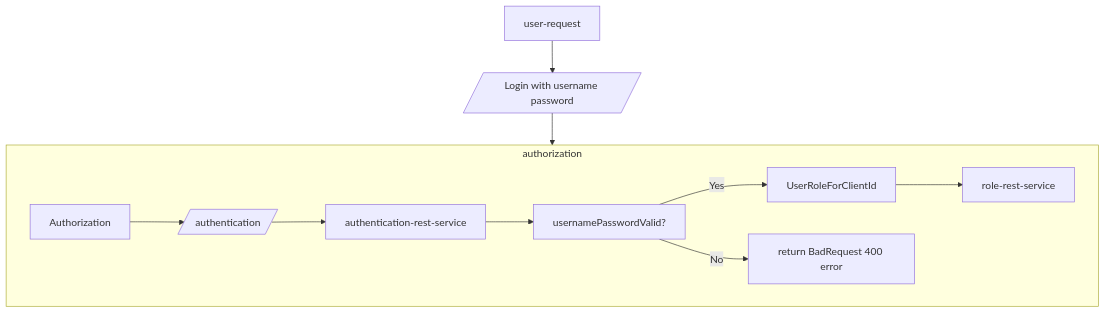
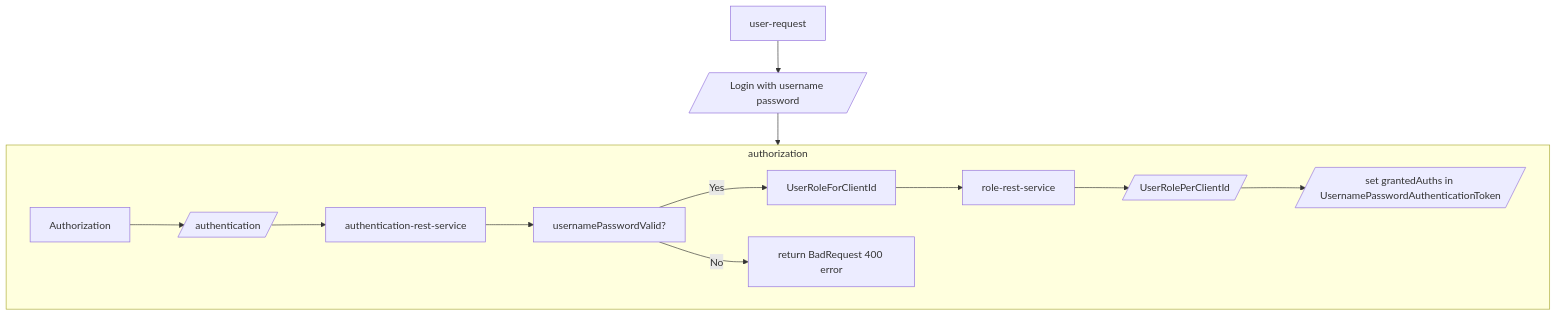
The diagram in README.md (sonamsamdupkhangsar/spring-authorization-serve), drawn with Mermaid before and after one commit.

````diff
--- a/README.md
+++ b/README.md
@@ -35,12 +35,13 @@
 ```mermaid
 flowchart TD
  User[user-request] -->login[/Login with username password/]--> authorization[Authorization]
  
  subgraph authorization
  Authorization-->authenticate[/authentication/]--> authentication[authentication-rest-service]
  authentication --> validateUsernameAndPassword["usernamePasswordValid?"]
  validateUsernameAndPassword -->|Yes| getUserRoleForClientId[UserRoleForClientId]
  validateUsernameAndPassword -->|No| returnError[return BadRequest 400 error]
- getUserRoleForClientId --> role-rest-service
+ getUserRoleForClientId --> role-rest-service--> roles[/UserRolePerClientId/]
+ roles --> populateGrantedAuths[/set grantedAuths in UsernamePasswordAuthenticationToken/]  
  end 
 ```
````
